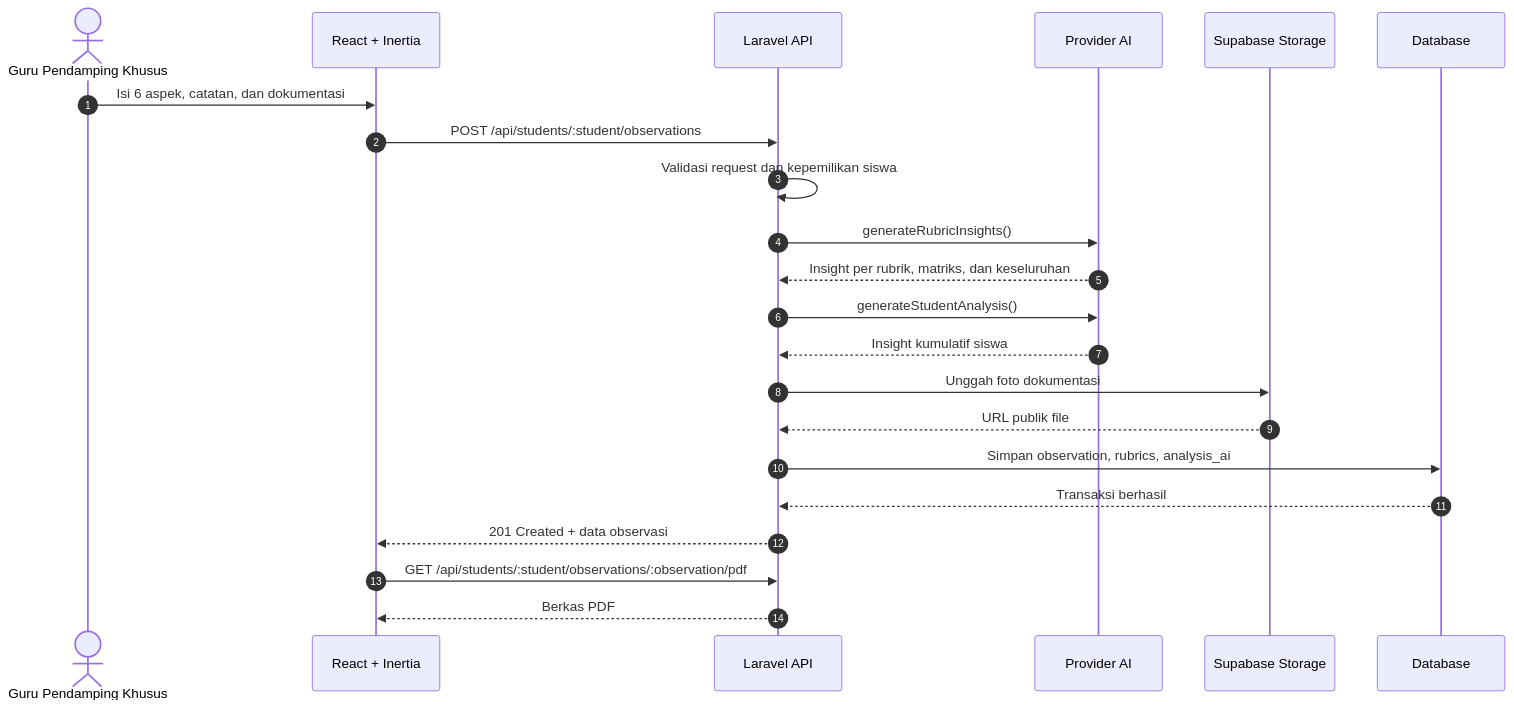
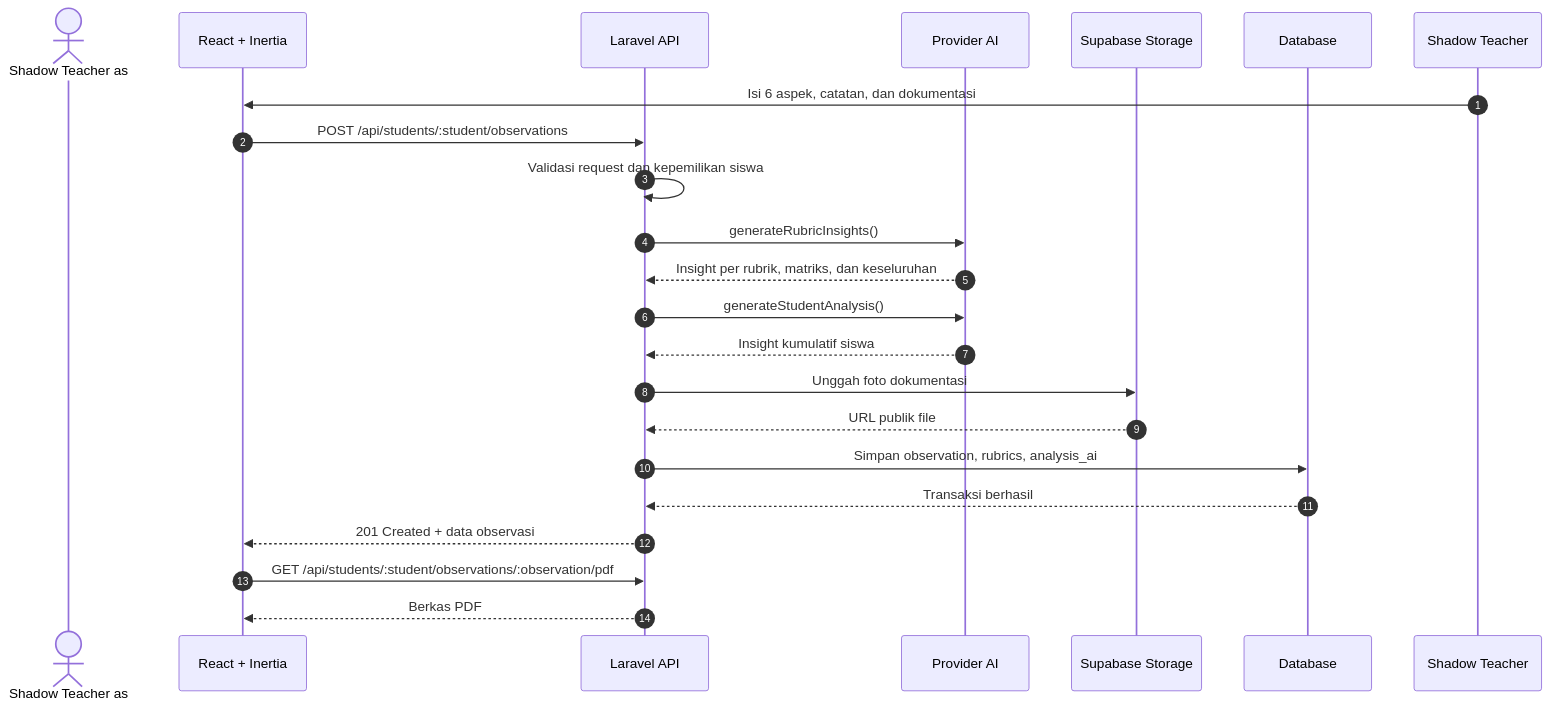
Before and after one commit to rawhx/pendampingku: the second of 3 diagrams in README.md, drawn with Mermaid. The commit also changed other lines of this file, not shown here.

First line of the commit message:
Fix: Change GPK references to Shadow Teacher in README

````diff
--- a/README.md
+++ b/README.md
@@ -269,25 +269,25 @@
 ```mermaid
 sequenceDiagram
     autonumber
-    actor GPK as Guru Pendamping Khusus
+    actor Shadow Teacher as 
     participant UI as React + Inertia
     participant API as Laravel API
     participant AI as Provider AI
     participant SB as Supabase Storage
     participant DB as Database
 
-    GPK->>UI: Isi 6 aspek, catatan, dan dokumentasi
+    Shadow Teacher->>UI: Isi 6 aspek, catatan, dan dokumentasi
     UI->>API: POST /api/students/:student/observations
     API->>API: Validasi request dan kepemilikan siswa
     API->>AI: generateRubricInsights()
     AI-->>API: Insight per rubrik, matriks, dan keseluruhan
     API->>AI: generateStudentAnalysis()
     AI-->>API: Insight kumulatif siswa
     API->>SB: Unggah foto dokumentasi
     SB-->>API: URL publik file
     API->>DB: Simpan observation, rubrics, analysis_ai
     DB-->>API: Transaksi berhasil
     API-->>UI: 201 Created + data observasi
     UI->>API: GET /api/students/:student/observations/:observation/pdf
     API-->>UI: Berkas PDF
 ```
````
